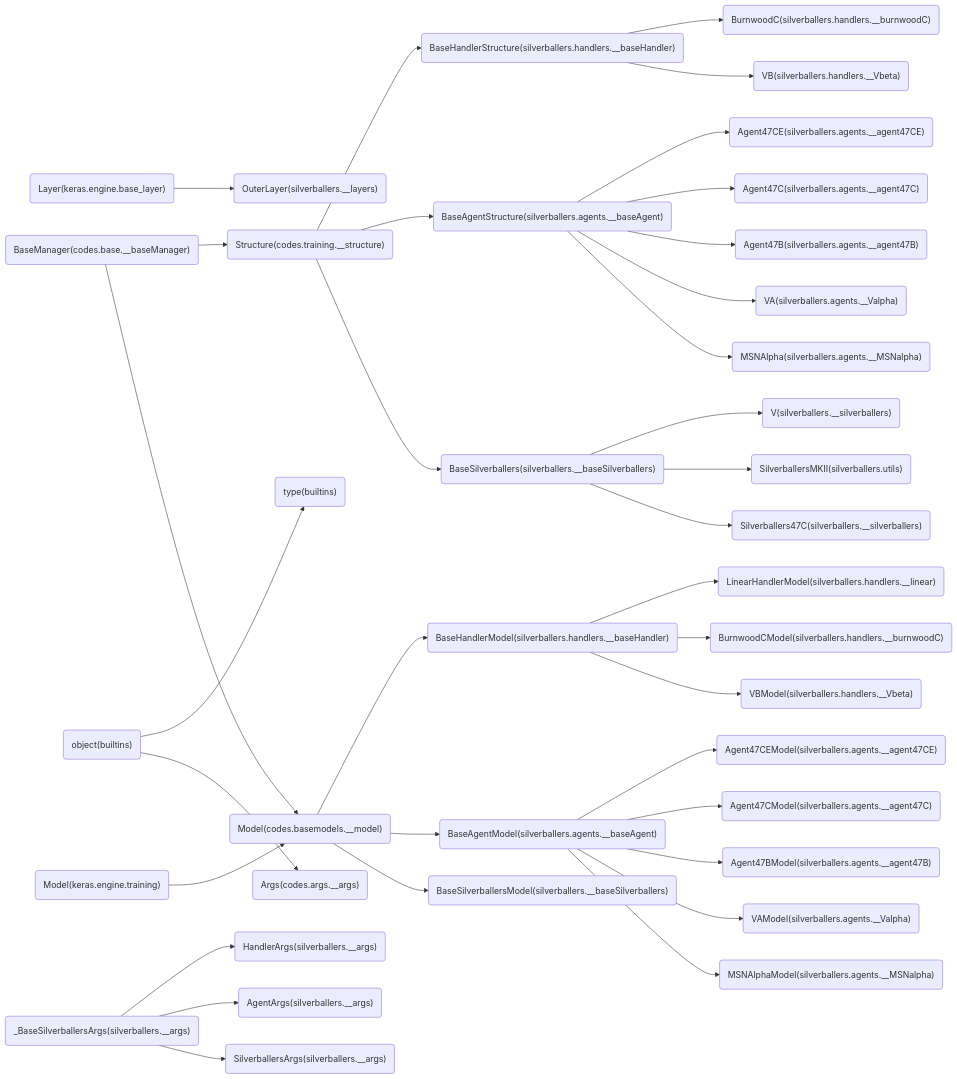
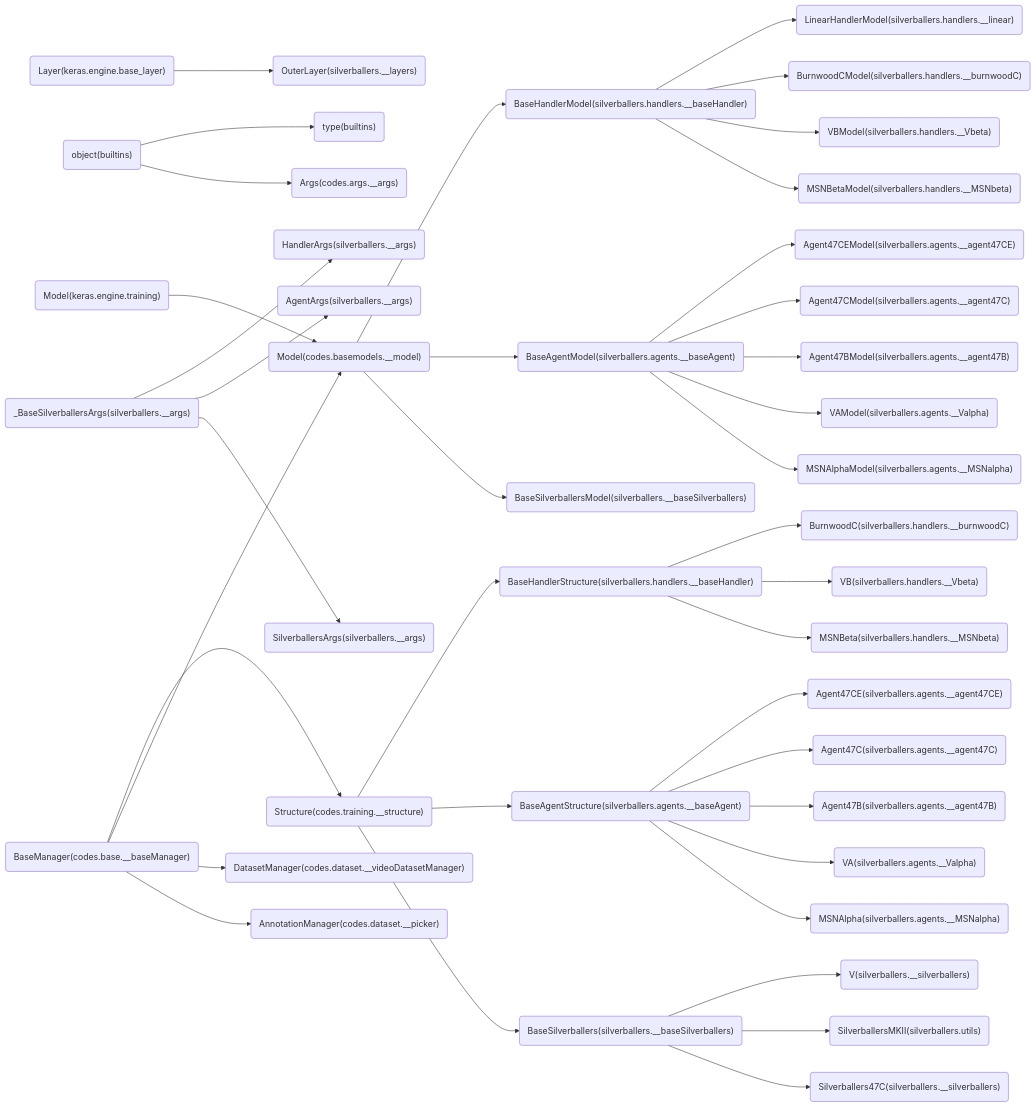
Before and after one commit to cocoon2wong/Project-Jocker: the second of 2 diagrams in classRef.md, drawn with Mermaid. The commit also changed other lines of this file and 9 other files, not shown here.

Commit message:
add link of all manager classes into `codes.managers`

````diff
--- a/classRef.md
+++ b/classRef.md
@@ -87,36 +88,40 @@
 ```mermaid
     graph LR
         silverballers.handlers.__baseHandler_BaseHandlerModel("BaseHandlerModel(silverballers.handlers.__baseHandler)") --> silverballers.handlers.__linear_LinearHandlerModel("LinearHandlerModel(silverballers.handlers.__linear)")
         builtins_object("object(builtins)") --> builtins_type("type(builtins)")
         silverballers.__args__BaseSilverballersArgs("_BaseSilverballersArgs(silverballers.__args)") --> silverballers.__args_HandlerArgs("HandlerArgs(silverballers.__args)")
         codes.basemodels.__model_Model("Model(codes.basemodels.__model)") --> silverballers.handlers.__baseHandler_BaseHandlerModel("BaseHandlerModel(silverballers.handlers.__baseHandler)")
         keras.engine.base_layer_Layer("Layer(keras.engine.base_layer)") --> silverballers.__layers_OuterLayer("OuterLayer(silverballers.__layers)")
         silverballers.handlers.__baseHandler_BaseHandlerModel("BaseHandlerModel(silverballers.handlers.__baseHandler)") --> silverballers.handlers.__burnwoodC_BurnwoodCModel("BurnwoodCModel(silverballers.handlers.__burnwoodC)")
         silverballers.handlers.__baseHandler_BaseHandlerStructure("BaseHandlerStructure(silverballers.handlers.__baseHandler)") --> silverballers.handlers.__burnwoodC_BurnwoodC("BurnwoodC(silverballers.handlers.__burnwoodC)")
         codes.training.__structure_Structure("Structure(codes.training.__structure)") --> silverballers.handlers.__baseHandler_BaseHandlerStructure("BaseHandlerStructure(silverballers.handlers.__baseHandler)")
         codes.base.__baseManager_BaseManager("BaseManager(codes.base.__baseManager)") --> codes.training.__structure_Structure("Structure(codes.training.__structure)")
         keras.engine.training_Model("Model(keras.engine.training)") --> codes.basemodels.__model_Model("Model(codes.basemodels.__model)")
         codes.base.__baseManager_BaseManager("BaseManager(codes.base.__baseManager)") --> codes.basemodels.__model_Model("Model(codes.basemodels.__model)")
         silverballers.handlers.__baseHandler_BaseHandlerModel("BaseHandlerModel(silverballers.handlers.__baseHandler)") --> silverballers.handlers.__Vbeta_VBModel("VBModel(silverballers.handlers.__Vbeta)")
         silverballers.handlers.__baseHandler_BaseHandlerStructure("BaseHandlerStructure(silverballers.handlers.__baseHandler)") --> silverballers.handlers.__Vbeta_VB("VB(silverballers.handlers.__Vbeta)")
+        silverballers.handlers.__baseHandler_BaseHandlerModel("BaseHandlerModel(silverballers.handlers.__baseHandler)") --> silverballers.handlers.__MSNbeta_MSNBetaModel("MSNBetaModel(silverballers.handlers.__MSNbeta)")
+        silverballers.handlers.__baseHandler_BaseHandlerStructure("BaseHandlerStructure(silverballers.handlers.__baseHandler)") --> silverballers.handlers.__MSNbeta_MSNBeta("MSNBeta(silverballers.handlers.__MSNbeta)")
         codes.training.__structure_Structure("Structure(codes.training.__structure)") --> silverballers.agents.__baseAgent_BaseAgentStructure("BaseAgentStructure(silverballers.agents.__baseAgent)")
         codes.basemodels.__model_Model("Model(codes.basemodels.__model)") --> silverballers.agents.__baseAgent_BaseAgentModel("BaseAgentModel(silverballers.agents.__baseAgent)")
         silverballers.__args__BaseSilverballersArgs("_BaseSilverballersArgs(silverballers.__args)") --> silverballers.__args_AgentArgs("AgentArgs(silverballers.__args)")
         silverballers.agents.__baseAgent_BaseAgentModel("BaseAgentModel(silverballers.agents.__baseAgent)") --> silverballers.agents.__agent47CE_Agent47CEModel("Agent47CEModel(silverballers.agents.__agent47CE)")
         silverballers.agents.__baseAgent_BaseAgentStructure("BaseAgentStructure(silverballers.agents.__baseAgent)") --> silverballers.agents.__agent47CE_Agent47CE("Agent47CE(silverballers.agents.__agent47CE)")
         silverballers.agents.__baseAgent_BaseAgentModel("BaseAgentModel(silverballers.agents.__baseAgent)") --> silverballers.agents.__agent47C_Agent47CModel("Agent47CModel(silverballers.agents.__agent47C)")
         silverballers.agents.__baseAgent_BaseAgentStructure("BaseAgentStructure(silverballers.agents.__baseAgent)") --> silverballers.agents.__agent47C_Agent47C("Agent47C(silverballers.agents.__agent47C)")
         silverballers.agents.__baseAgent_BaseAgentModel("BaseAgentModel(silverballers.agents.__baseAgent)") --> silverballers.agents.__agent47B_Agent47BModel("Agent47BModel(silverballers.agents.__agent47B)")
         silverballers.agents.__baseAgent_BaseAgentStructure("BaseAgentStructure(silverballers.agents.__baseAgent)") --> silverballers.agents.__agent47B_Agent47B("Agent47B(silverballers.agents.__agent47B)")
         silverballers.agents.__baseAgent_BaseAgentModel("BaseAgentModel(silverballers.agents.__baseAgent)") --> silverballers.agents.__Valpha_VAModel("VAModel(silverballers.agents.__Valpha)")
         silverballers.agents.__baseAgent_BaseAgentStructure("BaseAgentStructure(silverballers.agents.__baseAgent)") --> silverballers.agents.__Valpha_VA("VA(silverballers.agents.__Valpha)")
         silverballers.agents.__baseAgent_BaseAgentModel("BaseAgentModel(silverballers.agents.__baseAgent)") --> silverballers.agents.__MSNalpha_MSNAlphaModel("MSNAlphaModel(silverballers.agents.__MSNalpha)")
         silverballers.agents.__baseAgent_BaseAgentStructure("BaseAgentStructure(silverballers.agents.__baseAgent)") --> silverballers.agents.__MSNalpha_MSNAlpha("MSNAlpha(silverballers.agents.__MSNalpha)")
         silverballers.__baseSilverballers_BaseSilverballers("BaseSilverballers(silverballers.__baseSilverballers)") --> silverballers.__silverballers_V("V(silverballers.__silverballers)")
         codes.basemodels.__model_Model("Model(codes.basemodels.__model)") --> silverballers.__baseSilverballers_BaseSilverballersModel("BaseSilverballersModel(silverballers.__baseSilverballers)")
         silverballers.__baseSilverballers_BaseSilverballers("BaseSilverballers(silverballers.__baseSilverballers)") --> silverballers.utils_SilverballersMKII("SilverballersMKII(silverballers.utils)")
         silverballers.__args__BaseSilverballersArgs("_BaseSilverballersArgs(silverballers.__args)") --> silverballers.__args_SilverballersArgs("SilverballersArgs(silverballers.__args)")
         silverballers.__baseSilverballers_BaseSilverballers("BaseSilverballers(silverballers.__baseSilverballers)") --> silverballers.__silverballers_Silverballers47C("Silverballers47C(silverballers.__silverballers)")
         codes.training.__structure_Structure("Structure(codes.training.__structure)") --> silverballers.__baseSilverballers_BaseSilverballers("BaseSilverballers(silverballers.__baseSilverballers)")
         builtins_object("object(builtins)") --> codes.args.__args_Args("Args(codes.args.__args)")
+        codes.base.__baseManager_BaseManager("BaseManager(codes.base.__baseManager)") --> codes.dataset.__videoDatasetManager_DatasetManager("DatasetManager(codes.dataset.__videoDatasetManager)")
+        codes.base.__baseManager_BaseManager("BaseManager(codes.base.__baseManager)") --> codes.dataset.__picker_AnnotationManager("AnnotationManager(codes.dataset.__picker)")
 ```
````
